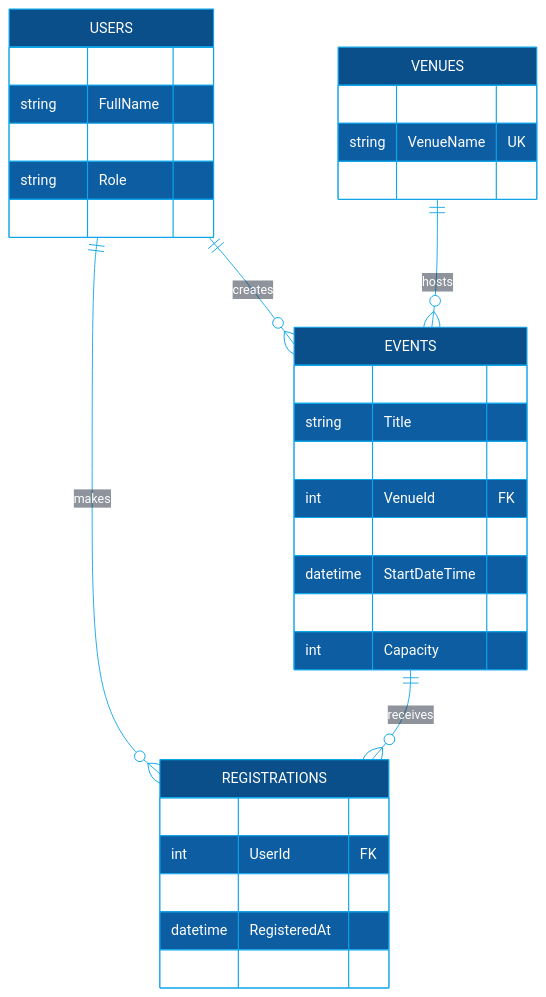
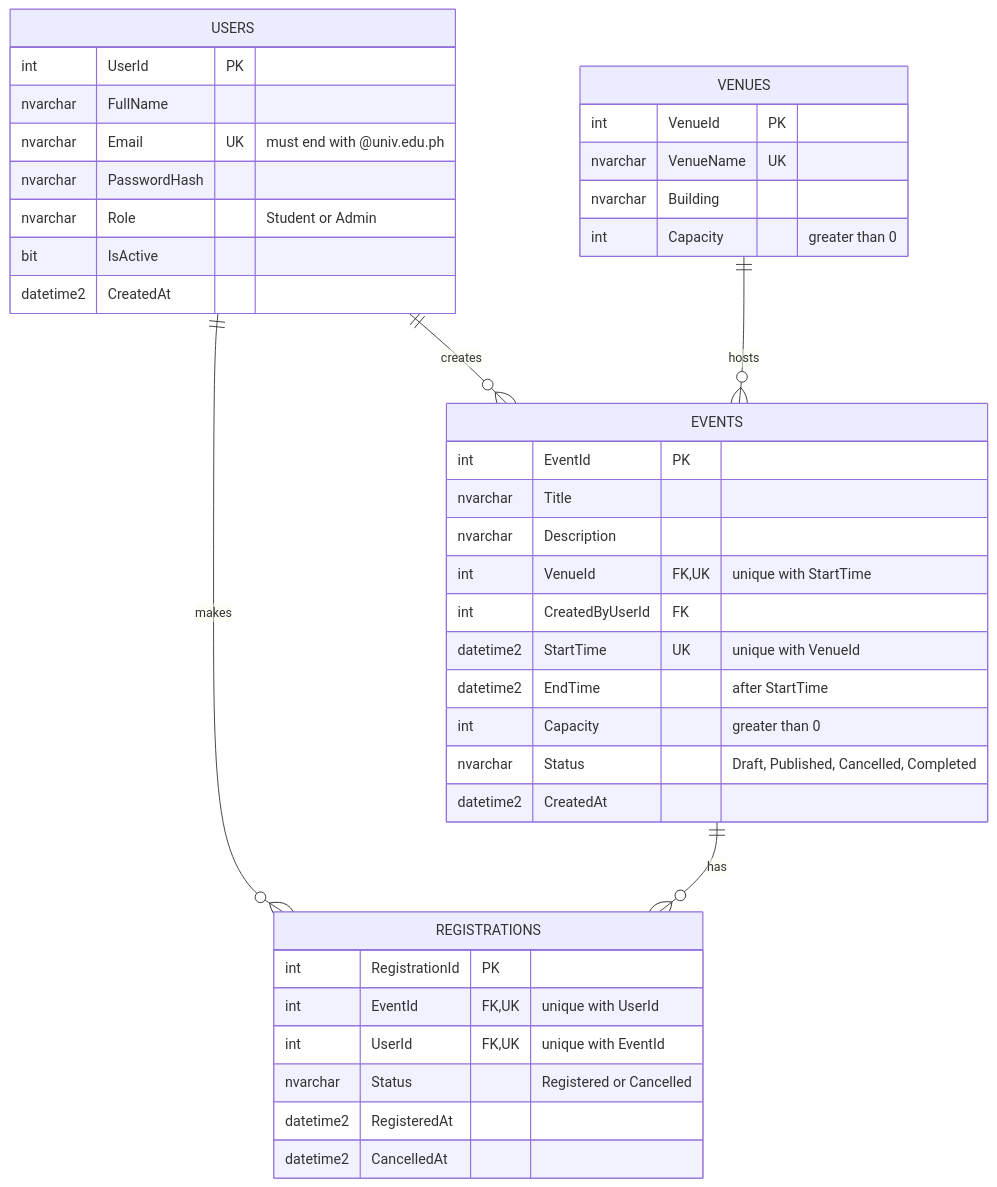
Before and after one commit to yocampo12/campus-event-management: the diagram in README.md, drawn with Mermaid. The commit also changed other lines of this file, not shown here.

````diff
--- a/README.md
+++ b/README.md
@@ -173,41 +219,46 @@
 ```mermaid
-%%{init: {'theme': 'base', 'themeVariables': {'primaryColor': '#0b4f8a', 'primaryTextColor': '#ffffff', 'primaryBorderColor': '#0ea5e9', 'lineColor': '#0ea5e9', 'secondaryColor': '#1e293b', 'tertiaryColor': '#1e293b'}}}%%
 erDiagram
+    USERS ||--o{ EVENTS : "creates"
     USERS ||--o{ REGISTRATIONS : "makes"
-    EVENTS ||--o{ REGISTRATIONS : "receives"
     VENUES ||--o{ EVENTS : "hosts"
-    USERS ||--o{ EVENTS : "creates"
+    EVENTS ||--o{ REGISTRATIONS : "has"
 
     USERS {
         int UserId PK
-        string FullName
-        string Email UK
-        string Role
-        datetime CreatedAt
+        nvarchar FullName
+        nvarchar Email UK "must end with @univ.edu.ph"
+        nvarchar PasswordHash
+        nvarchar Role "Student or Admin"
+        bit IsActive
+        datetime2 CreatedAt
     }
 
     VENUES {
         int VenueId PK
-        string VenueName UK
-        string Location
+        nvarchar VenueName UK
+        nvarchar Building
+        int Capacity "greater than 0"
     }
 
     EVENTS {
         int EventId PK
-        string Title
-        string Description
-        int VenueId FK
-        int CreatedBy FK
-        datetime StartDateTime
-        datetime EndDateTime
-        int Capacity
+        nvarchar Title
+        nvarchar Description
+        int VenueId FK, UK "unique with StartTime"
+        int CreatedByUserId FK
+        datetime2 StartTime UK "unique with VenueId"
+        datetime2 EndTime "after StartTime"
+        int Capacity "greater than 0"
+        nvarchar Status "Draft, Published, Cancelled, Completed"
+        datetime2 CreatedAt
     }
 
     REGISTRATIONS {
         int RegistrationId PK
-        int UserId FK
-        int EventId FK
-        datetime RegisteredAt
-        string Status
+        int EventId FK, UK "unique with UserId"
+        int UserId FK, UK "unique with EventId"
+        nvarchar Status "Registered or Cancelled"
+        datetime2 RegisteredAt
+        datetime2 CancelledAt
     }
 ```
````
